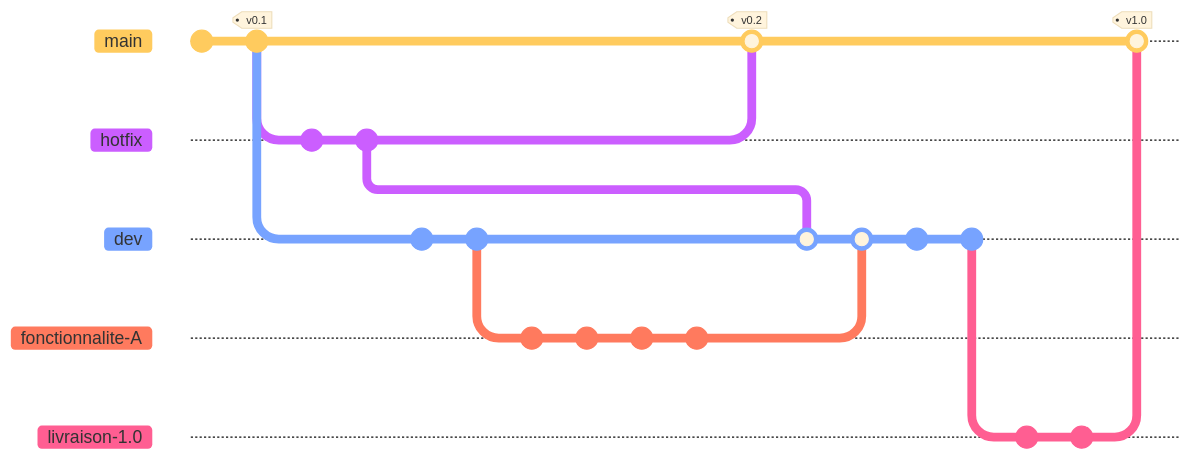
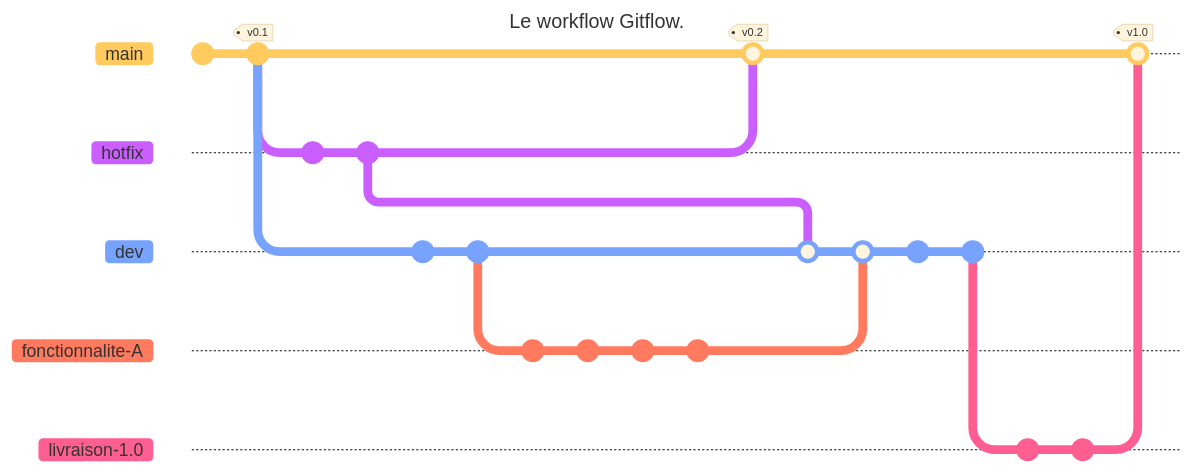
Diagram 14 of 16 in src/pages/cours/git/git-cours.md (tavenel/website), drawn with Mermaid before and after one commit. The commit also changed other lines of this file and 2 other files, not shown here. Commit ids are hidden.

Commit message:
fix mermaid diagrams

````diff
--- a/src/pages/cours/git/git-cours.md
+++ b/src/pages/cours/git/git-cours.md
@@ -618,30 +628,34 @@
 ```mermaid
+---
+title: Le workflow Gitflow.
+---
+
 %%{init: { 'theme': 'base', 'gitGraph': {'showCommitLabel': false}} }%%
 gitGraph
 commit
 commit tag: "v0.1"
 branch hotfix
  commit
  commit
 checkout main
 branch dev
  commit
  commit
  branch fonctionnalite-A
   commit
   commit
   commit
   commit
 checkout main
 merge hotfix tag:"v0.2"
 checkout dev
  merge hotfix
  merge fonctionnalite-A
  commit
  commit
  branch livraison-1.0
   commit
   commit
 checkout main
 merge livraison-1.0 tag:"v1.0"
 ```
````
